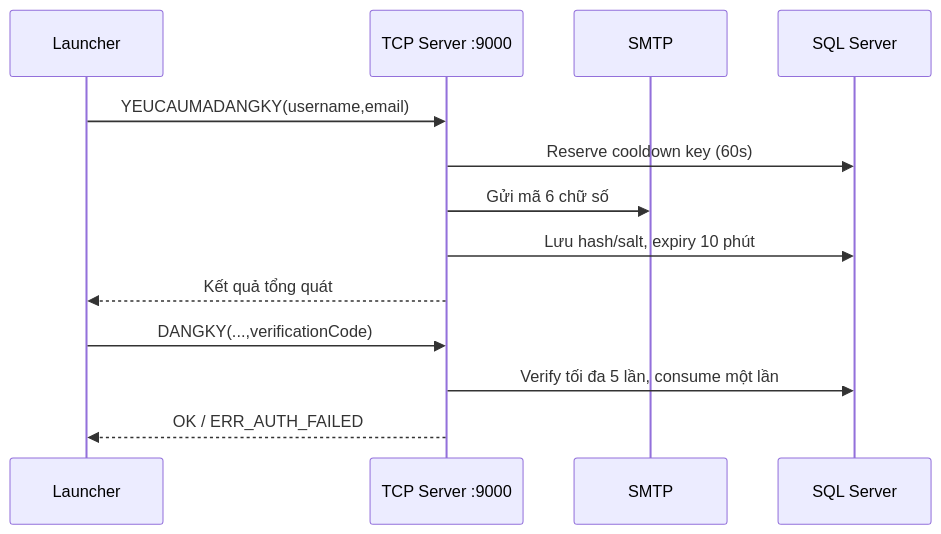
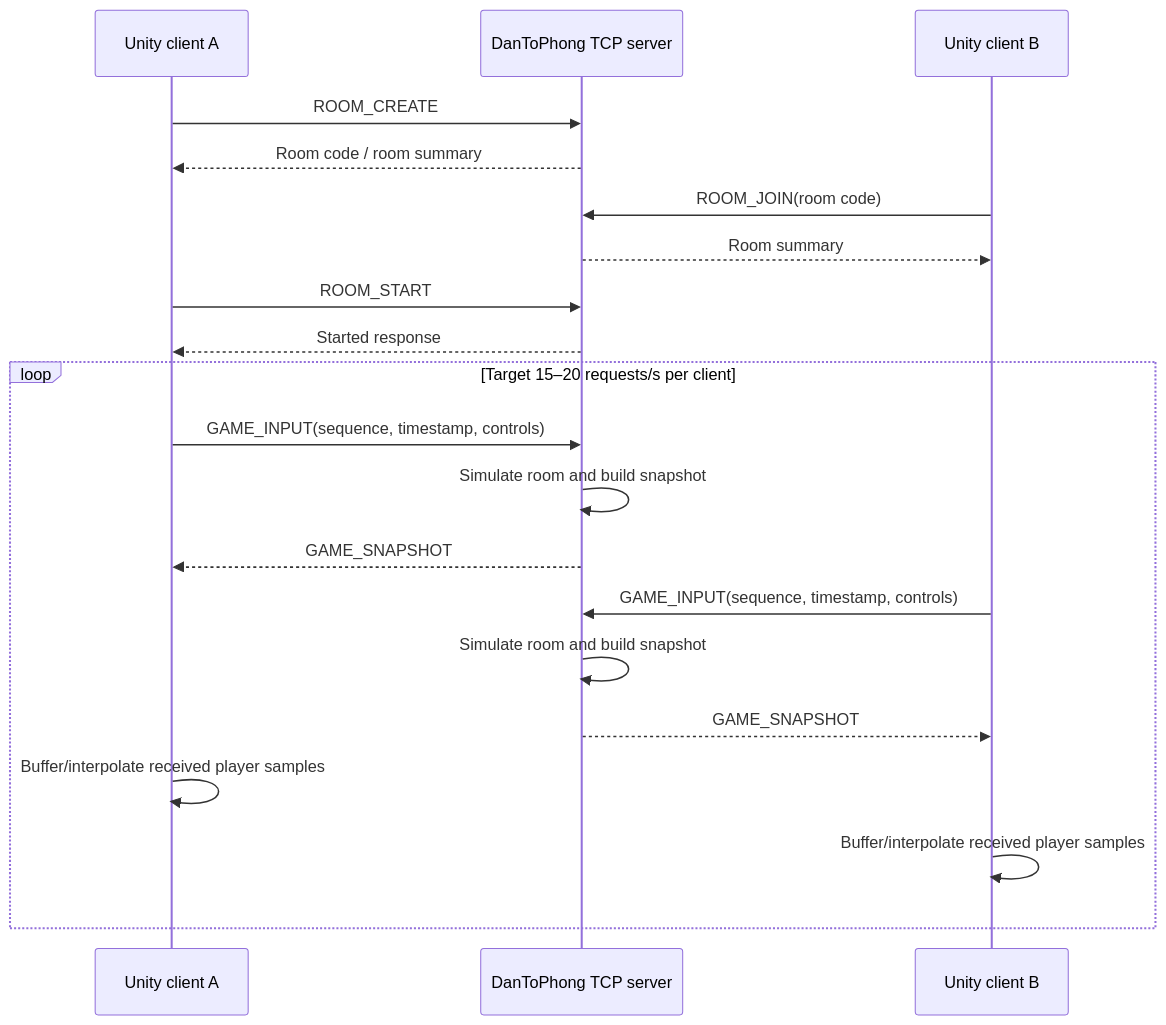
Before and after one commit to thanhnhi8769-ctrl/DanToPhong: the second of 3 diagrams in docs/protocol.md, drawn with Mermaid. The commit also changed other lines of this file and 1840 other files, not shown here.

````diff
--- a/docs/protocol.md
+++ b/docs/protocol.md
@@ -113,15 +154,22 @@
 ```mermaid
 sequenceDiagram
-    participant C as Launcher
-    participant S as TCP Server :9000
-    participant M as SMTP
-    participant D as SQL Server
-    C->>S: YEUCAUMADANGKY(username,email)
-    S->>D: Reserve cooldown key (60s)
-    S->>M: Gửi mã 6 chữ số
-    S->>D: Lưu hash/salt, expiry 10 phút
-    S-->>C: Kết quả tổng quát
-    C->>S: DANGKY(...,verificationCode)
-    S->>D: Verify tối đa 5 lần, consume một lần
-    S-->>C: OK / ERR_AUTH_FAILED
+    participant A as Unity client A
+    participant S as DanToPhong TCP server
+    participant B as Unity client B
+    A->>S: ROOM_CREATE
+    S-->>A: Room code / room summary
+    B->>S: ROOM_JOIN(room code)
+    S-->>B: Room summary
+    A->>S: ROOM_START
+    S-->>A: Started response
+    loop Target 15–20 requests/s per client
+        A->>S: GAME_INPUT(sequence, timestamp, controls)
+        S->>S: Simulate room and build snapshot
+        S-->>A: GAME_SNAPSHOT
+        B->>S: GAME_INPUT(sequence, timestamp, controls)
+        S->>S: Simulate room and build snapshot
+        S-->>B: GAME_SNAPSHOT
+        A->>A: Buffer/interpolate received player samples
+        B->>B: Buffer/interpolate received player samples
+    end
 ```
````
